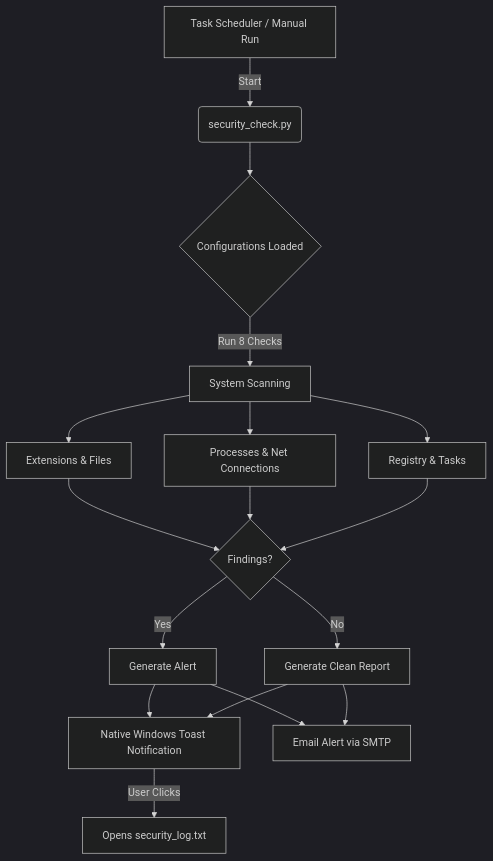
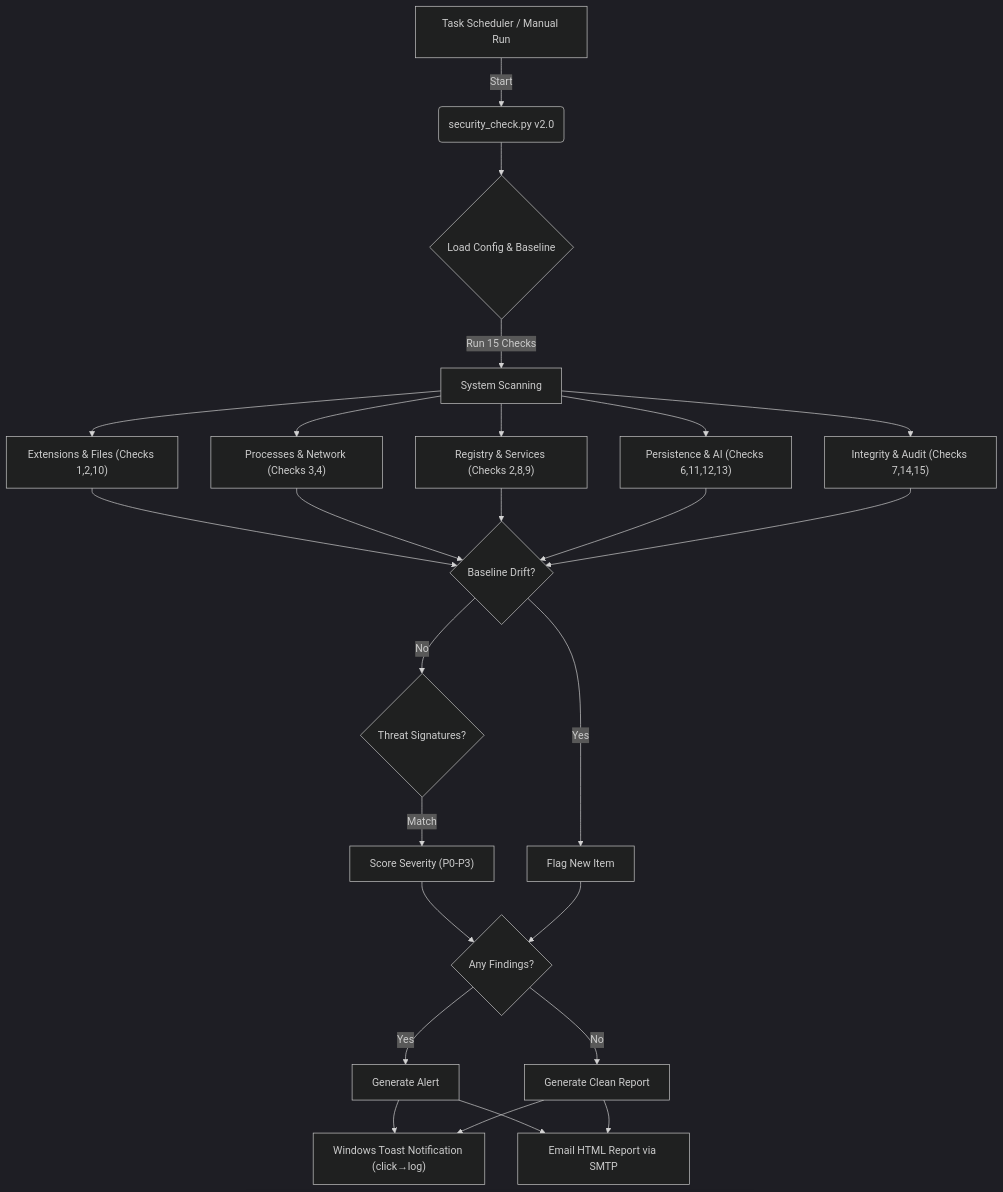
One commit to Amitro123/security_monitor changed the diagram in README.md. Above: the diagram before and after it, drawn with Mermaid (dark theme). The commit also changed other lines of this file and 8 other files, not shown here.

Commit message:
feat: v2.0.0 Enterprise EDR Engine - 15 checks, baseline drift, MITRE ATT&CK, CI/CD

````diff
--- a/README.md
+++ b/README.md
@@ -20,24 +10,26 @@
 ```mermaid
 graph TD
-    A[Task Scheduler / Manual Run] -->|Start| B(security_check.py)
-    B --> C{Configurations Loaded}
+    A["Task Scheduler / Manual Run"] -->|Start| B("security_check.py v2.0")
+    B --> C{Load Config & Baseline}
     
-    C -->|Run 8 Checks| D[System Scanning]
-    D --> E[Extensions & Files]
-    D --> F[Processes & Net Connections]
-    D --> G[Registry & Tasks]
+    C -->|Run 15 Checks| D[System Scanning]
+    D --> E["Extensions & Files (Checks 1,2,10)"]
+    D --> F["Processes & Network (Checks 3,4)"]
+    D --> G["Registry & Services (Checks 2,8,9)"]
+    D --> H["Persistence & AI (Checks 6,11,12,13)"]
+    D --> I["Integrity & Audit (Checks 7,14,15)"]
     
-    E --> H{Findings?}
-    F --> H
-    G --> H
+    E & F & G & H & I --> J{Baseline Drift?}
+    J -->|Yes| K[Flag New Item]
+    J -->|No| L{Threat Signatures?}
+    L -->|Match| M["Score Severity (P0-P3)"]
     
-    H -->|Yes| I[Generate Alert]
-    H -->|No| J[Generate Clean Report]
+    M & K --> N{Any Findings?}
+    N -->|Yes| O[Generate Alert]
+    N -->|No| P[Generate Clean Report]
     
-    I --> K[Native Windows Toast Notification]
-    J --> K
-    I --> L[Email Alert via SMTP]
-    J --> L
-    
-    K -->|User Clicks| M[Opens security_log.txt]
+    O --> Q["Windows Toast Notification (click→log)"]
+    O --> R[Email HTML Report via SMTP]
+    P --> Q
+    P --> R
 ```
````
